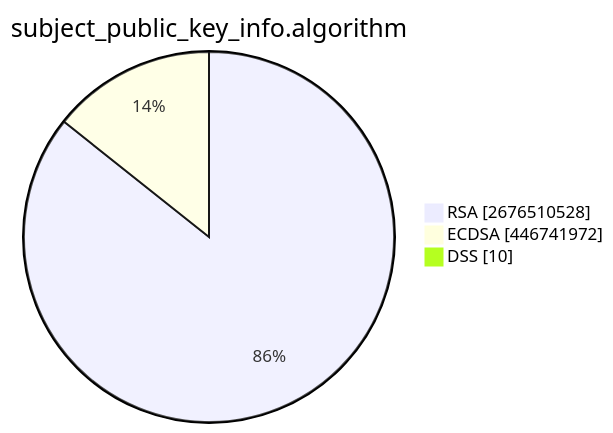
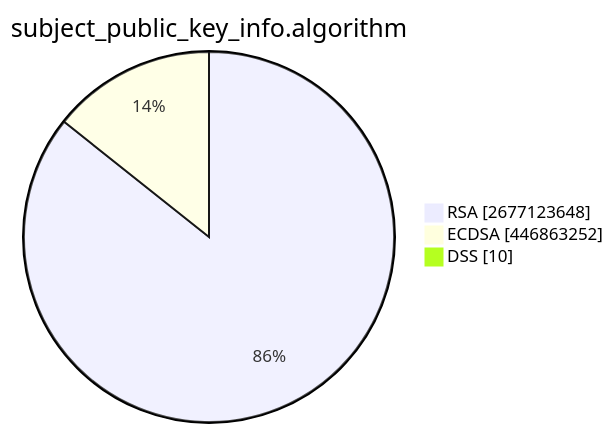
Before and after one commit to christiankrug/ctmonitor_visualization: the second of 15 diagrams in TOTAL/README.md, drawn with Mermaid. The commit also changed other lines of this file, not shown here.

````diff
--- a/TOTAL/README.md
+++ b/TOTAL/README.md
@@ -6,7 +6,7 @@
 ```mermaid
 pie showData
 title subject_public_key_info.algorithm
-"RSA" :2676510528
-"ECDSA" :446741972
+"RSA" :2677123648
+"ECDSA" :446863252
 "DSS" :10
 ```
````
